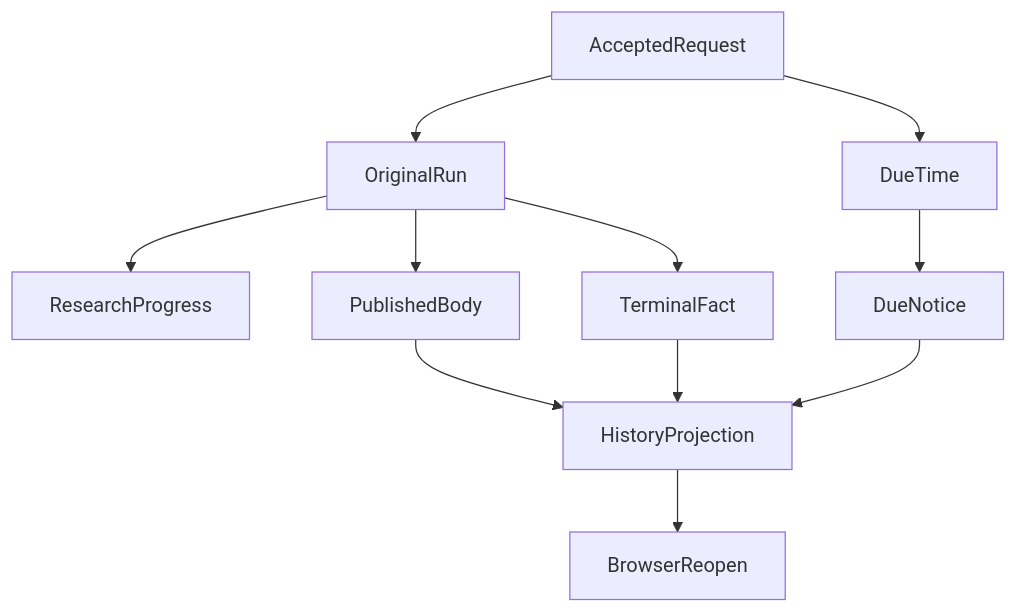
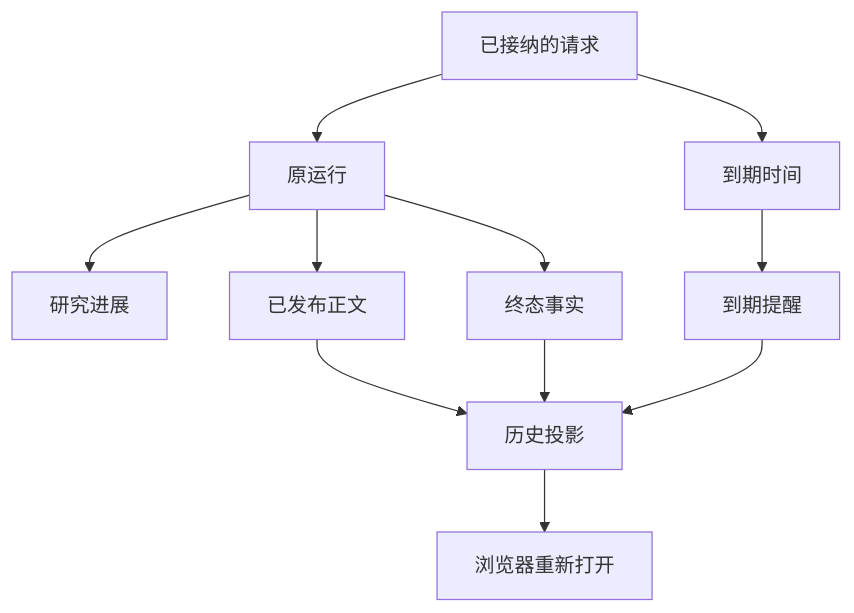
Before and after one commit to hpoenixf/eff-agent-article: the diagram in articles/agent-asynchronous-research-time-bound-delivery.md, drawn with Mermaid. The commit also changed 52 other files, not shown here.

Commit message:
docs: localize diagrams and clarify flagship guides

````diff
--- a/articles/agent-asynchronous-research-time-bound-delivery.md
+++ b/articles/agent-asynchronous-research-time-bound-delivery.md
@@ -64,13 +64,13 @@
 ```mermaid
 graph TD
-AcceptedRequest --> OriginalRun
-AcceptedRequest --> DueTime
-OriginalRun --> ResearchProgress
-OriginalRun --> PublishedBody
-OriginalRun --> TerminalFact
-DueTime --> DueNotice
-PublishedBody --> HistoryProjection
+AcceptedRequest["已接纳的请求"] --> OriginalRun["原运行"]
+AcceptedRequest --> DueTime["到期时间"]
+OriginalRun --> ResearchProgress["研究进展"]
+OriginalRun --> PublishedBody["已发布正文"]
+OriginalRun --> TerminalFact["终态事实"]
+DueTime --> DueNotice["到期提醒"]
+PublishedBody --> HistoryProjection["历史投影"]
 TerminalFact --> HistoryProjection
 DueNotice --> HistoryProjection
-HistoryProjection --> BrowserReopen
+HistoryProjection --> BrowserReopen["浏览器重新打开"]
 ```
````
